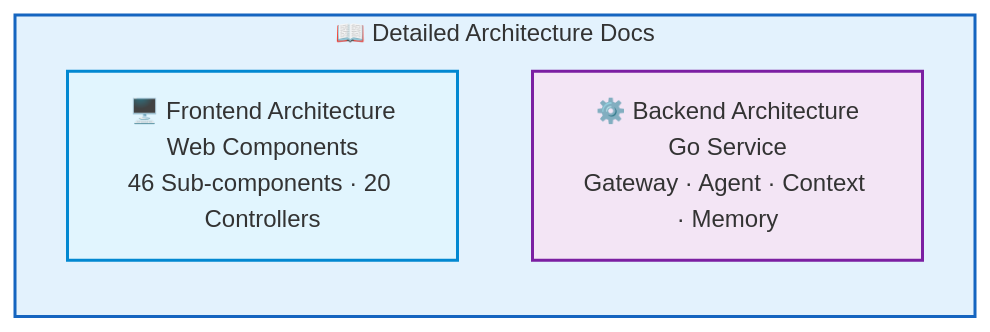
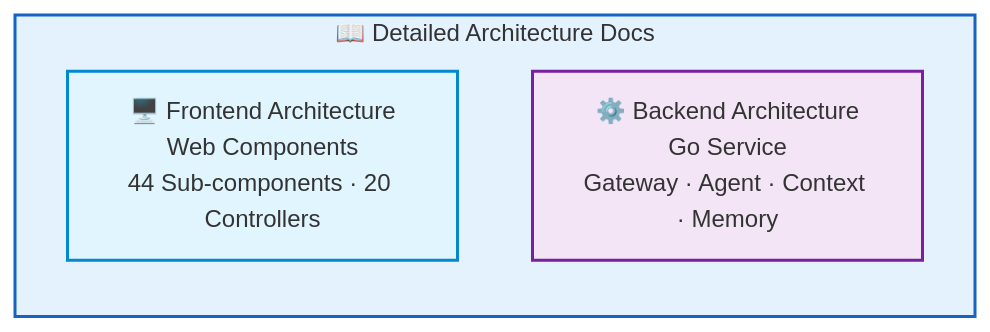
Before and after one commit to rtc-agent/docs: the third of 3 diagrams in src/content/docs/en/architecture/index.md, drawn with Mermaid. The commit also changed 5 other files, not shown here.

First line of the commit message:
docs(architecture): fix sub-component count and UI controller diagram

````diff
--- a/src/content/docs/en/architecture/index.md
+++ b/src/content/docs/en/architecture/index.md
@@ -123,12 +123,12 @@
 ```mermaid
 flowchart LR
     subgraph PAGES["📖 Detailed Architecture Docs"]
         direction TB
-        FE_PAGE["🖥️ Frontend Architecture<br/>Web Components<br/>46 Sub-components · 20 Controllers"]
+        FE_PAGE["🖥️ Frontend Architecture<br/>Web Components<br/>44 Sub-components · 20 Controllers"]
         BE_PAGE["⚙️ Backend Architecture<br/>Go Service<br/>Gateway · Agent · Context · Memory"]
     end
 
     style PAGES fill:#e3f2fd,stroke:#1565c0,stroke-width:2px
     style FE_PAGE fill:#e1f5fe,stroke:#0288d1,stroke-width:2px
     style BE_PAGE fill:#f3e5f5,stroke:#7b1fa2,stroke-width:2px
 ```
````
